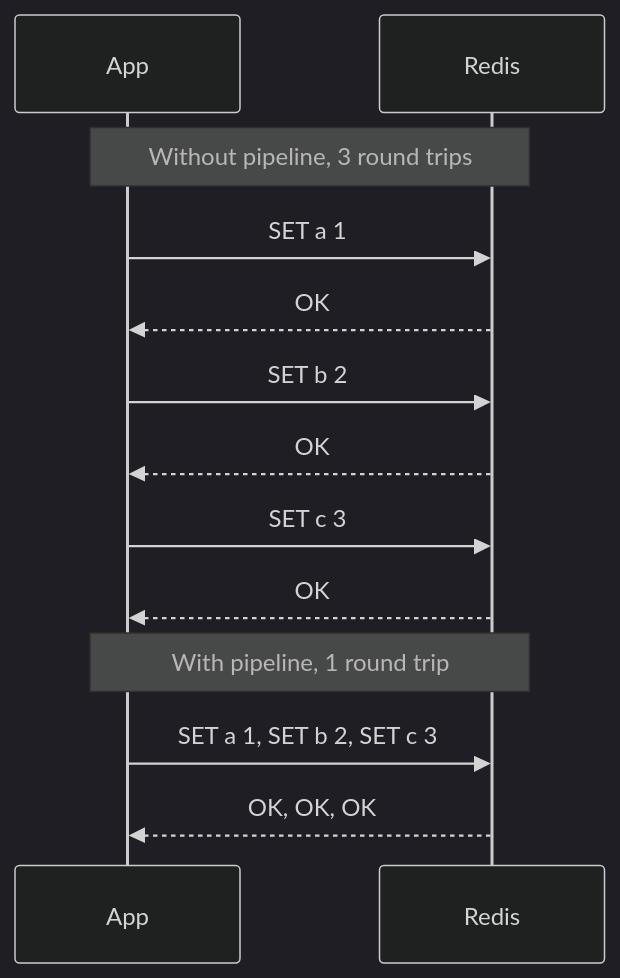
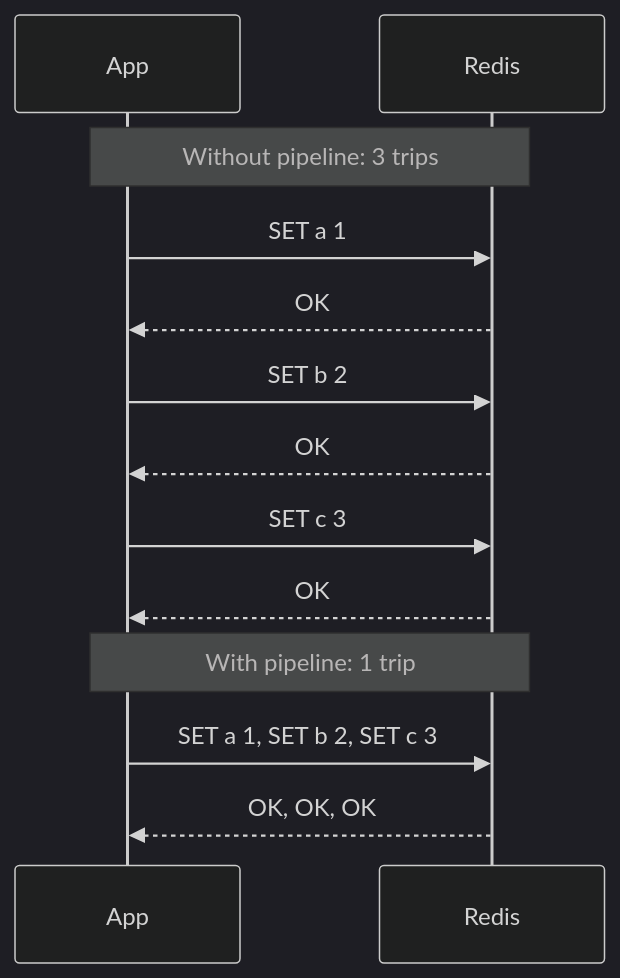
Diagram 12 of 30 in redis.md (selvakumarperumal/Regulatory_Circular_Impact_Agent), drawn with Mermaid (dark theme) before and after one commit. The commit also changed other lines of this file, not shown here.

````diff
--- a/redis.md
+++ b/redis.md
@@ -837,15 +1144,15 @@
 ```mermaid
 sequenceDiagram
     participant App
     participant Redis
-    Note over App,Redis: Without pipeline, 3 round trips
+    Note over App,Redis: Without pipeline: 3 trips
     App->>Redis: SET a 1
     Redis-->>App: OK
     App->>Redis: SET b 2
     Redis-->>App: OK
     App->>Redis: SET c 3
     Redis-->>App: OK
-    Note over App,Redis: With pipeline, 1 round trip
+    Note over App,Redis: With pipeline: 1 trip
     App->>Redis: SET a 1, SET b 2, SET c 3
     Redis-->>App: OK, OK, OK
 ```
````
